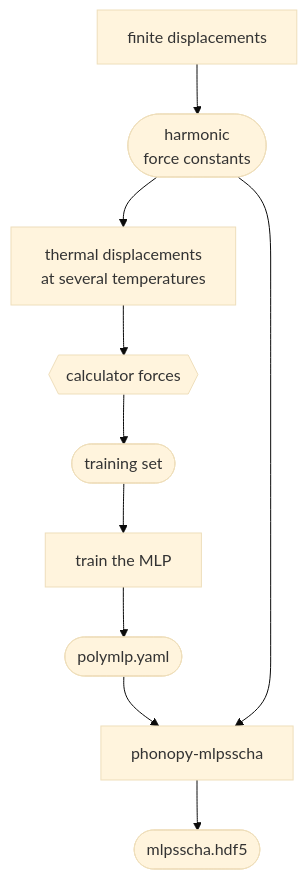
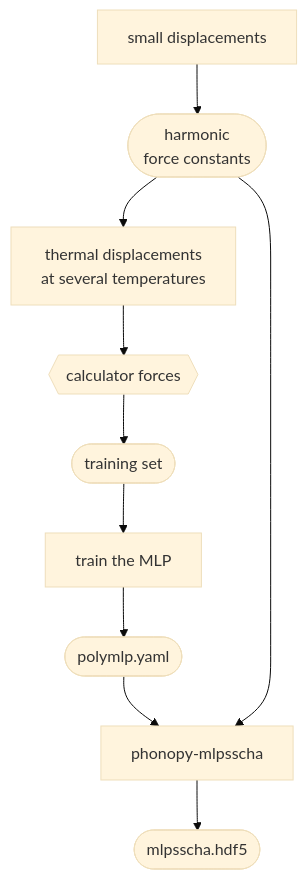
Before and after one commit to phonopy/phonopy: the diagram in doc/polymlp-sscha.md, drawn with Mermaid (base theme). The commit also changed other lines of this file, not shown here.

````diff
--- a/doc/polymlp-sscha.md
+++ b/doc/polymlp-sscha.md
@@ -83,13 +83,13 @@
 ```{mermaid}
 flowchart TD
-    FD["finite displacements"]
+    FD["small displacements"]
     FD --> FC(["harmonic<br/>force constants"])
     FC --> TD["thermal displacements<br/>at several temperatures"]
     TD --> CALC{{"calculator forces"}}
     CALC --> TR(["training set"])
     TR --> DEV["train the MLP"]
     DEV --> MLP(["polymlp.yaml"])
     MLP --> SSCHA["phonopy-mlpsscha"]
     FC --> SSCHA
     SSCHA --> RUN(["mlpsscha.hdf5"])
 ```
````
